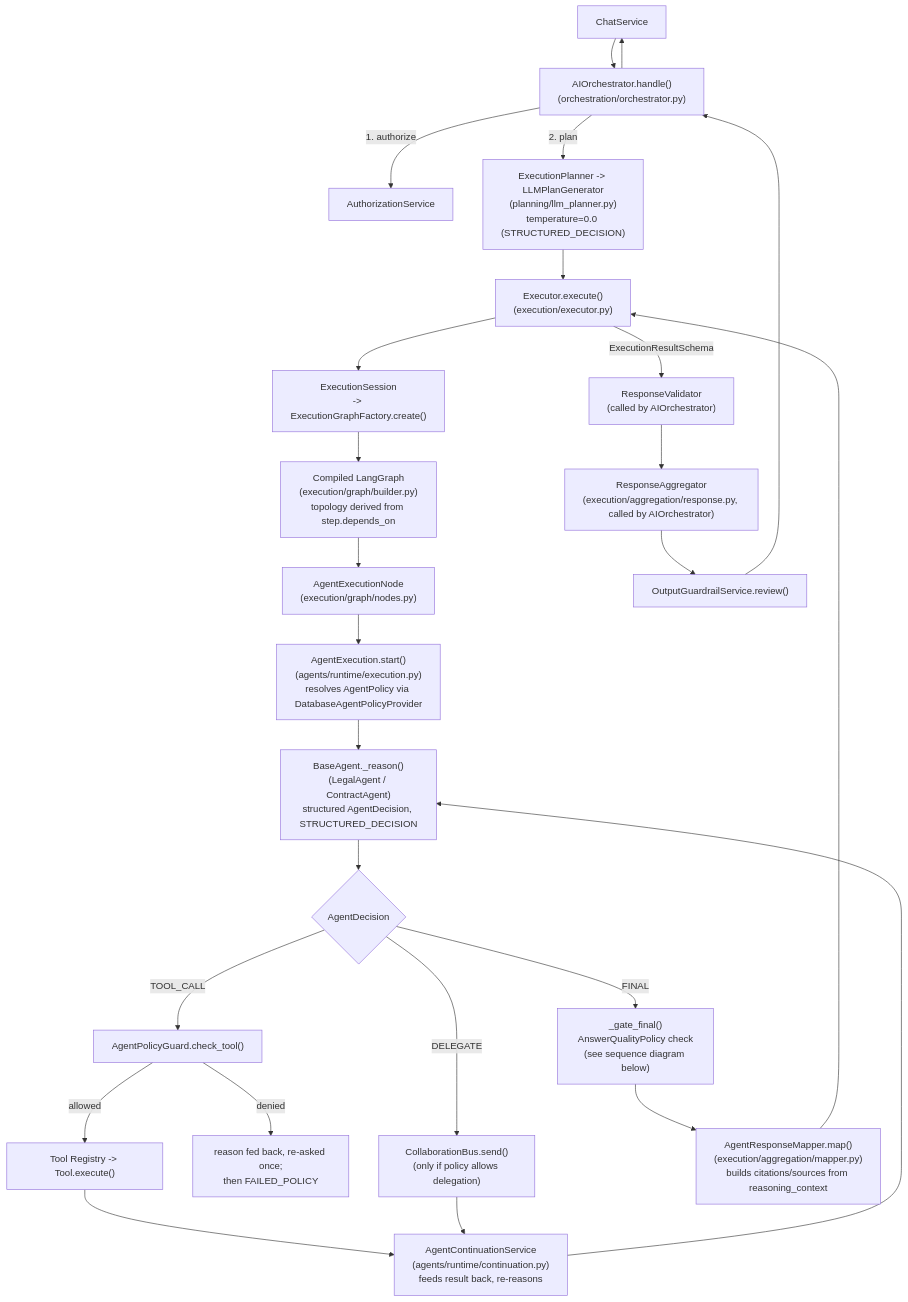
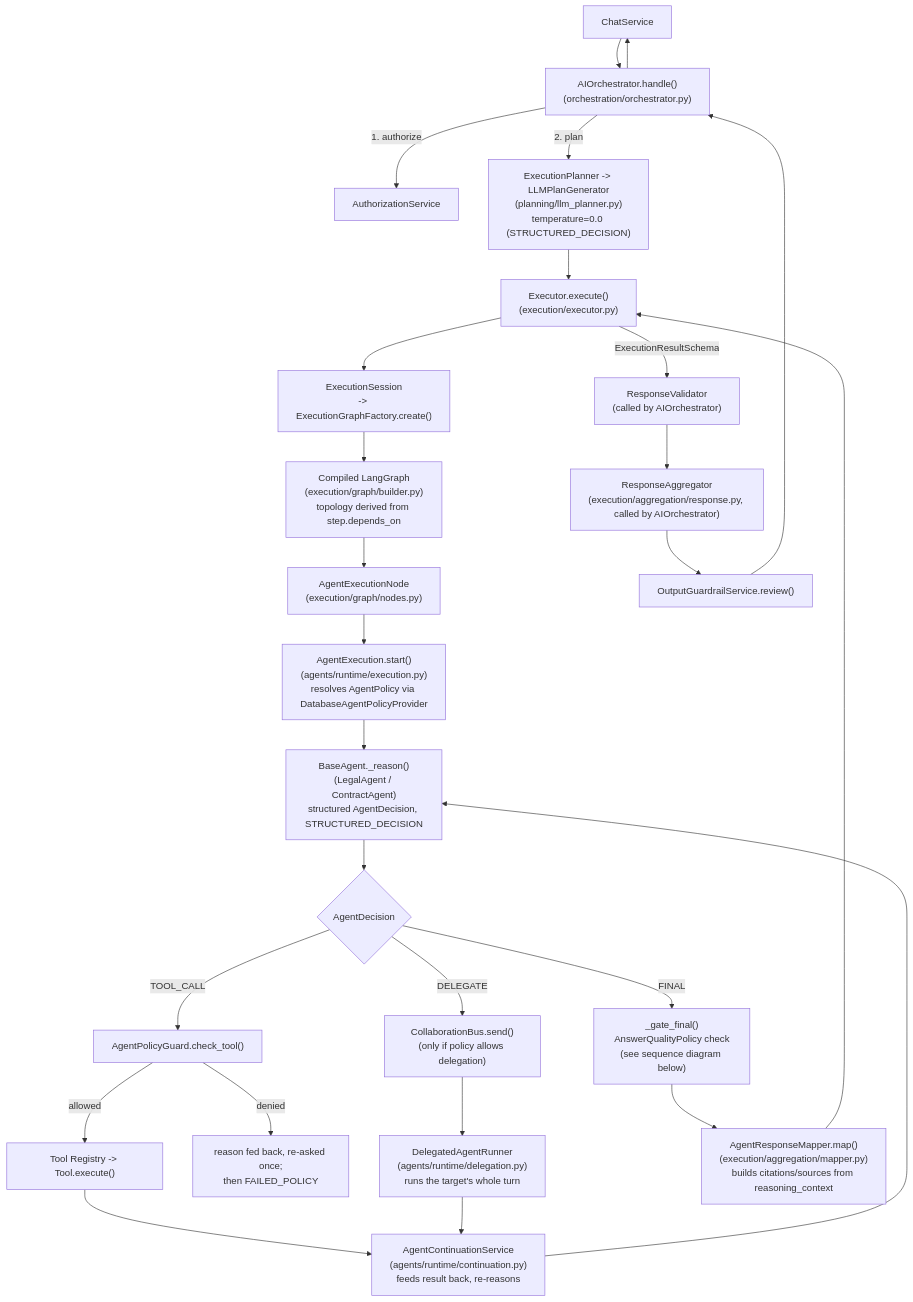
The first of 5 diagrams in server/src/agentic/README.md (bharatkse/juris-ai), drawn with Mermaid before and after one commit. The commit also changed other lines of this file and 73 other files, not shown here.

````diff
--- a/server/src/agentic/README.md
+++ b/server/src/agentic/README.md
@@ -36,28 +36,29 @@
 ```mermaid
 flowchart TD
     REQ[ChatService] --> ORCH["AIOrchestrator.handle()<br/>(orchestration/orchestrator.py)"]
     ORCH -->|1. authorize| AUTH[AuthorizationService]
     ORCH -->|2. plan| PLAN["ExecutionPlanner -> LLMPlanGenerator<br/>(planning/llm_planner.py)<br/>temperature=0.0 (STRUCTURED_DECISION)"]
     PLAN --> EXECUTOR["Executor.execute()<br/>(execution/executor.py)"]
     EXECUTOR --> SESSION["ExecutionSession<br/>-> ExecutionGraphFactory.create()"]
     SESSION --> GRAPH["Compiled LangGraph<br/>(execution/graph/builder.py)<br/>topology derived from step.depends_on"]
     GRAPH --> NODE["AgentExecutionNode<br/>(execution/graph/nodes.py)"]
     NODE --> AEXEC["AgentExecution.start()<br/>(agents/runtime/execution.py)<br/>resolves AgentPolicy via DatabaseAgentPolicyProvider"]
     AEXEC --> AGENT["BaseAgent._reason()<br/>(LegalAgent / ContractAgent)<br/>structured AgentDecision, STRUCTURED_DECISION"]
     AGENT --> DECISION{AgentDecision}
     DECISION -->|TOOL_CALL| GUARD["AgentPolicyGuard.check_tool()"]
     GUARD -->|allowed| TOOLREG["Tool Registry -> Tool.execute()"]
     GUARD -->|denied| FAILPOLICY["reason fed back, re-asked once;<br/>then FAILED_POLICY"]
     TOOLREG --> CONT["AgentContinuationService<br/>(agents/runtime/continuation.py)<br/>feeds result back, re-reasons"]
     CONT --> AGENT
     DECISION -->|DELEGATE| BUS["CollaborationBus.send()<br/>(only if policy allows delegation)"]
-    BUS --> CONT
+    BUS --> RUNNER["DelegatedAgentRunner<br/>(agents/runtime/delegation.py)<br/>runs the target's whole turn"]
+    RUNNER --> CONT
     DECISION -->|FINAL| GATE["_gate_final()<br/>AnswerQualityPolicy check<br/>(see sequence diagram below)"]
     GATE --> MAPPER["AgentResponseMapper.map()<br/>(execution/aggregation/mapper.py)<br/>builds citations/sources from reasoning_context"]
     MAPPER --> EXECUTOR
     EXECUTOR -->|ExecutionResultSchema| VALIDATOR["ResponseValidator<br/>(called by AIOrchestrator)"]
     VALIDATOR --> AGG["ResponseAggregator<br/>(execution/aggregation/response.py, called by AIOrchestrator)"]
     AGG --> GR["OutputGuardrailService.review()"]
     GR --> ORCH
     ORCH --> REQ
 ```
````
